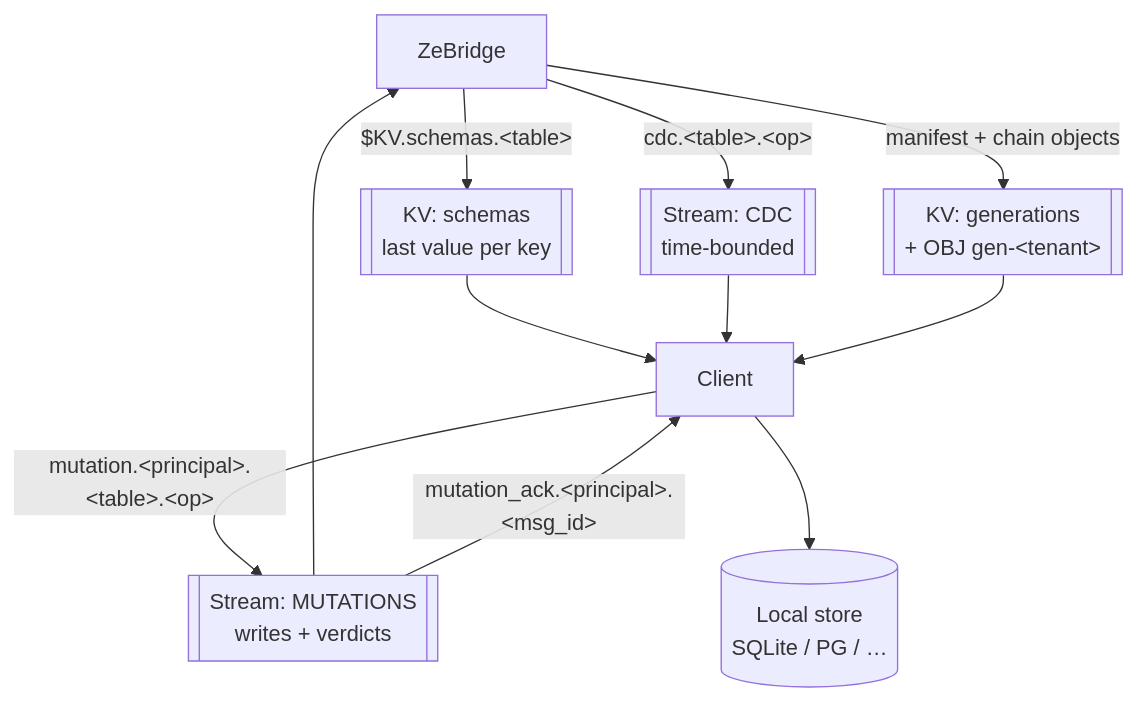
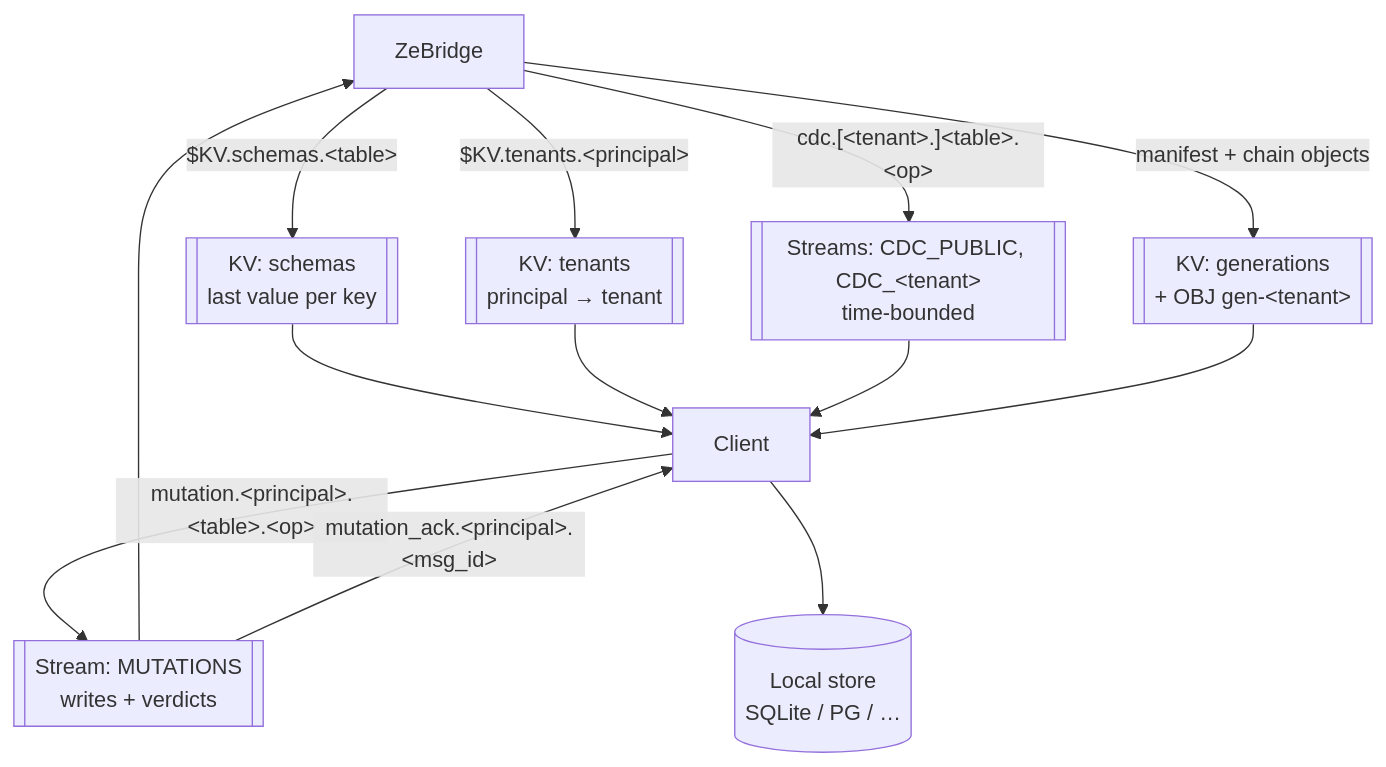
One commit to ndrean/ZeBridge changed the first of 4 diagrams in PROTOCOL.md. Above: the diagram before and after it, drawn with Mermaid. The commit also changed other lines of this file and 3 other files, not shown here.

````diff
--- a/PROTOCOL.md
+++ b/PROTOCOL.md
@@ -139,13 +140,15 @@
 ```mermaid
 flowchart TD
   B[ZeBridge]-->|"$KV.schemas.&lt;table&gt;"| KV[["KV: schemas<br/>last value per key"]]
-  B -->|"cdc.&lt;table&gt;.&lt;op&gt;"| CDC[["Stream: CDC<br/>time-bounded"]]
+  B -->|"$KV.tenants.&lt;principal&gt;"| TEN[["KV: tenants<br/>principal → tenant"]]
+  B -->|"cdc.[&lt;tenant&gt;.]&lt;table&gt;.&lt;op&gt;"| CDC[["Streams: CDC_PUBLIC, CDC_&lt;tenant&gt;<br/>time-bounded"]]
   B -->|"manifest + chain objects"| GEN[["KV: generations<br/>+ OBJ gen-&lt;tenant&gt;"]]
   KV --> C[Client]
+  TEN --> C
   CDC --> C
   GEN --> C
   C -->|"mutation.&lt;principal&gt;.&lt;table&gt;.&lt;op&gt;"| MUT[["Stream: MUTATIONS<br/>writes + verdicts"]]
   MUT --> B
   MUT -->|"mutation_ack.&lt;principal&gt;.&lt;msg_id&gt;"| C
   C --> L[(Local store<br/>SQLite / PG / …)]
 ```
````
